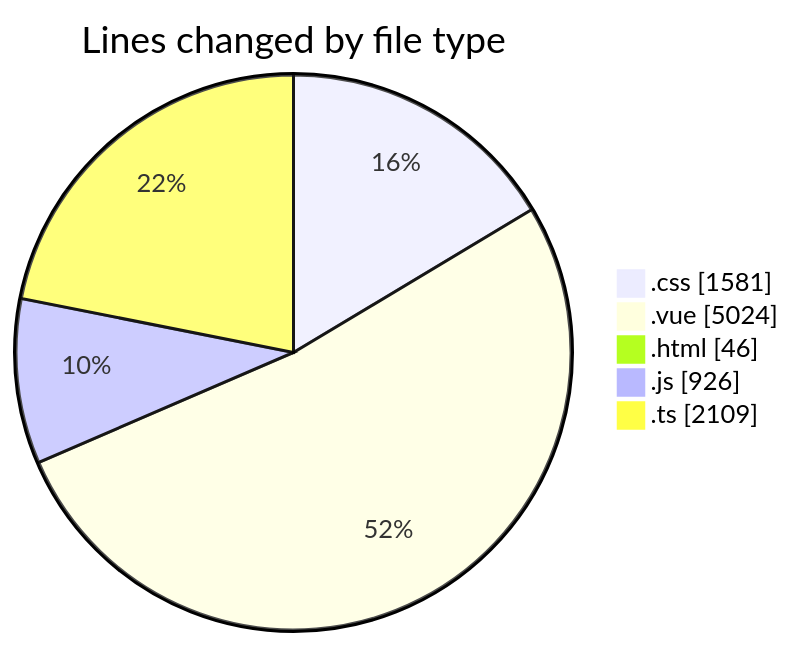
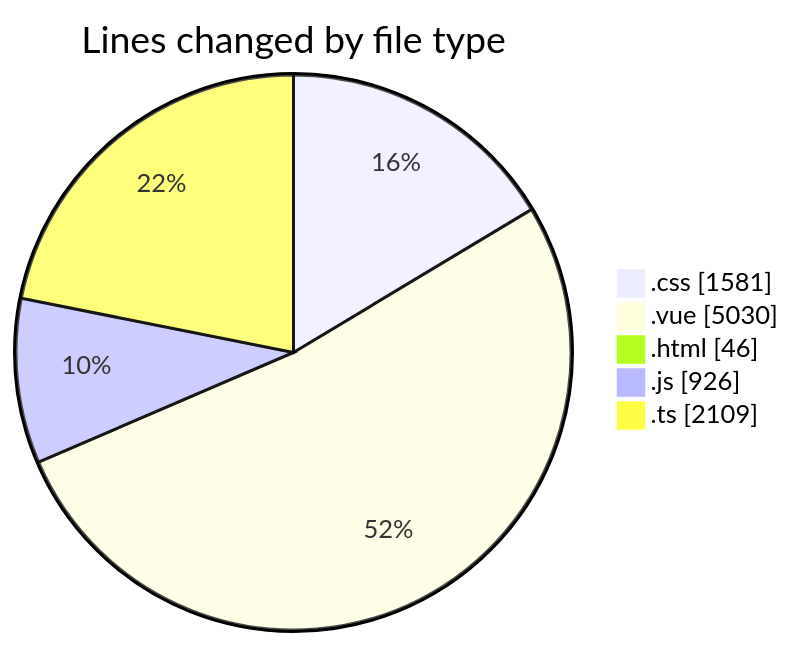
The first of 2 diagrams in 2025-08-18/rentotp/README.md (lephambinh05/code-tracking), drawn with Mermaid before and after one commit. The commit also changed other lines of this file and 1 other file, not shown here.

````diff
--- a/2025-08-18/rentotp/README.md
+++ b/2025-08-18/rentotp/README.md
@@ -51,9 +51,9 @@
 ```mermaid
 pie showData
 title Lines changed by file type
 ".css" : 1581
-".vue" : 5024
+".vue" : 5030
 ".html" : 46
 ".js" : 926
 ".ts" : 2109
 ```
````
